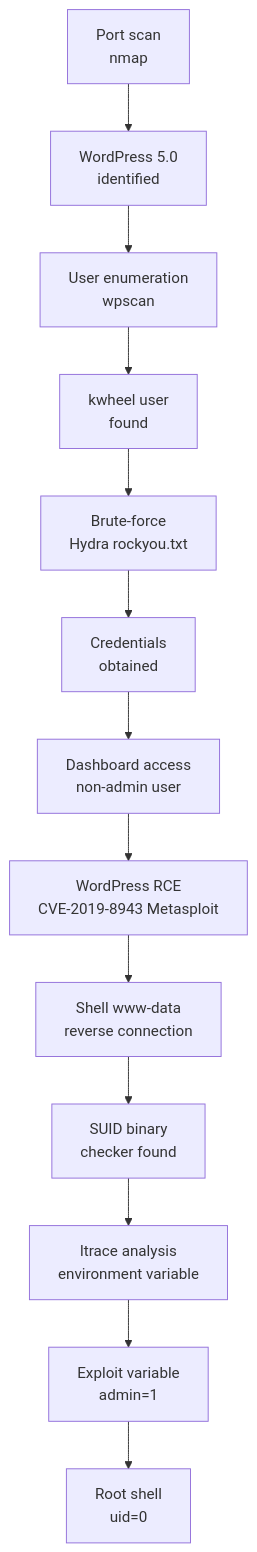
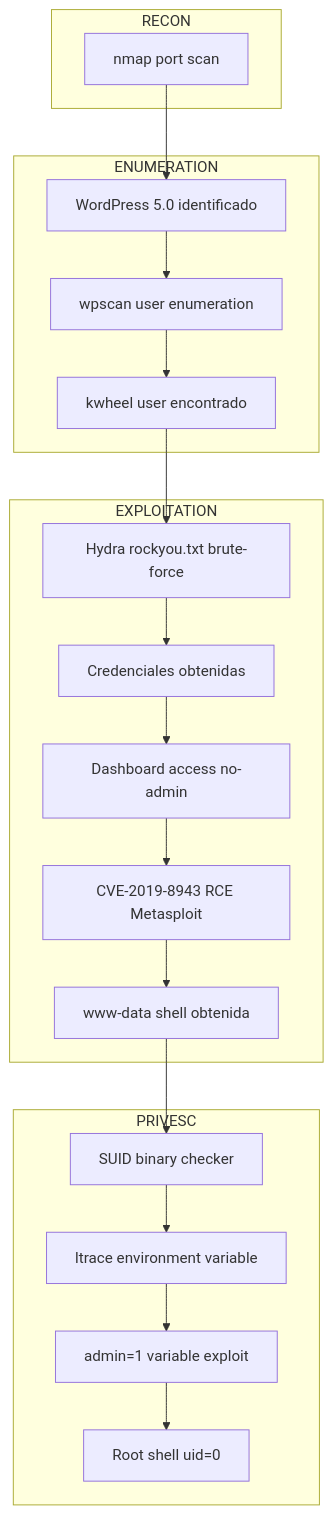
The diagram in Blog.md (renekerr/lab-notes), drawn with Mermaid before and after one commit. The commit also changed 4 other files, not shown here.

Commit message:
Improve Attack Chain diagrams: convert to subgraph format grouped by phase (RECON-ENUMERATION-EXPLOITATION-PRIVESC-POST-EXPLOITATION) for all lab notes writeups

````diff
--- a/Blog.md
+++ b/Blog.md
@@ -192,15 +192,28 @@
 ```mermaid
 graph TD
-    A["Port scan\nnmap"] --> B["WordPress 5.0\nidentified"]
-    B --> C["User enumeration\nwpscan"]
-    C --> D["kwheel user\nfound"]
-    D --> E["Brute-force\nHydra rockyou.txt"]
-    E --> F["Credentials\nobtained"]
-    F --> G["Dashboard access\nnon-admin user"]
-    G --> H["WordPress RCE\nCVE-2019-8943 Metasploit"]
-    H --> I["Shell www-data\nreverse connection"]
-    I --> J["SUID binary\nchecker found"]
-    J --> K["ltrace analysis\nenvironment variable"]
-    K --> L["Exploit variable\nadmin=1"]
-    L --> M["Root shell\nuid=0"]
+ subgraph RECON["RECON"]
+  A["nmap port scan"]
+ end
+ 
+ subgraph ENUM["ENUMERATION"]
+  B["WordPress 5.0 identificado"] --> C["wpscan user enumeration"]
+  C --> D["kwheel user encontrado"]
+ end
+ 
+ subgraph EXPL["EXPLOITATION"]
+  E["Hydra rockyou.txt brute-force"] --> F["Credenciales obtenidas"]
+  F --> G["Dashboard access no-admin"]
+  G --> H["CVE-2019-8943 RCE Metasploit"]
+  H --> I["www-data shell obtenida"]
+ end
+ 
+ subgraph PRIVESC["PRIVESC"]
+  J["SUID binary checker"] --> K["ltrace environment variable"]
+  K --> L["admin=1 variable exploit"]
+  L --> M["Root shell uid=0"]
+ end
+ 
+ A --> B
+ D --> E
+ I --> J
 ```
````
